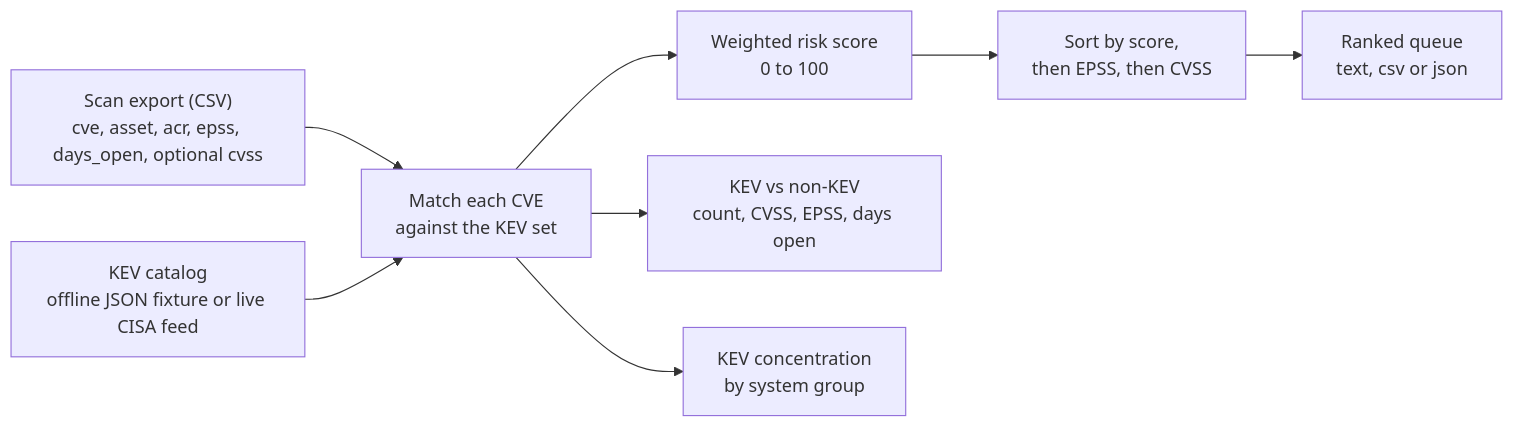
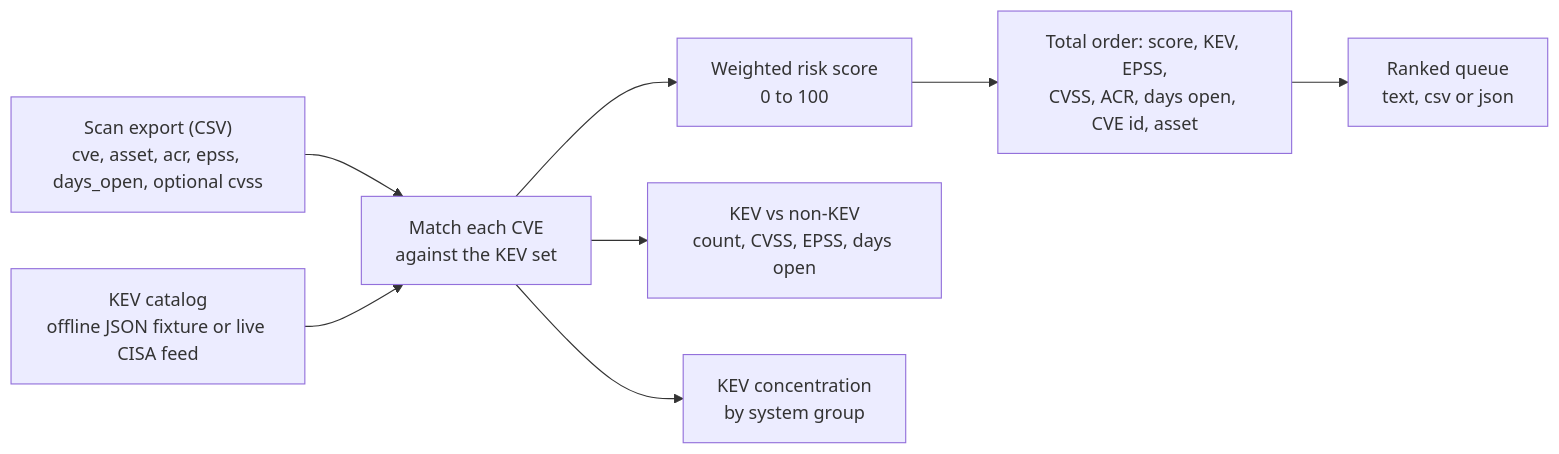
One commit to samiali38183/kev-risk-prioritization changed the diagram in README.md. Above: the diagram before and after it, drawn with Mermaid. The commit also changed other lines of this file and 3 other files, not shown here.

````diff
--- a/README.md
+++ b/README.md
@@ -23,10 +25,10 @@
 ```mermaid
 flowchart LR
     F["Scan export (CSV)<br/>cve, asset, acr, epss, days_open, optional cvss"] --> M["Match each CVE<br/>against the KEV set"]
     K["KEV catalog<br/>offline JSON fixture or live CISA feed"] --> M
     M --> S["Weighted risk score<br/>0 to 100"]
-    S --> R["Sort by score,<br/>then EPSS, then CVSS"]
+    S --> R["Total order: score, KEV, EPSS,<br/>CVSS, ACR, days open, CVE id, asset"]
     R --> O["Ranked queue<br/>text, csv or json"]
     M --> P["KEV vs non-KEV<br/>count, CVSS, EPSS, days open"]
     M --> C["KEV concentration<br/>by system group"]
 ```
````
